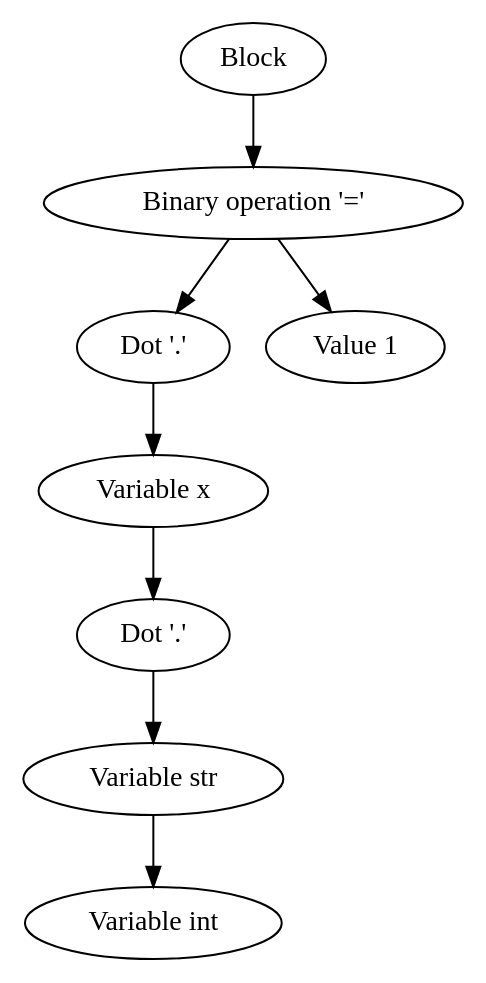
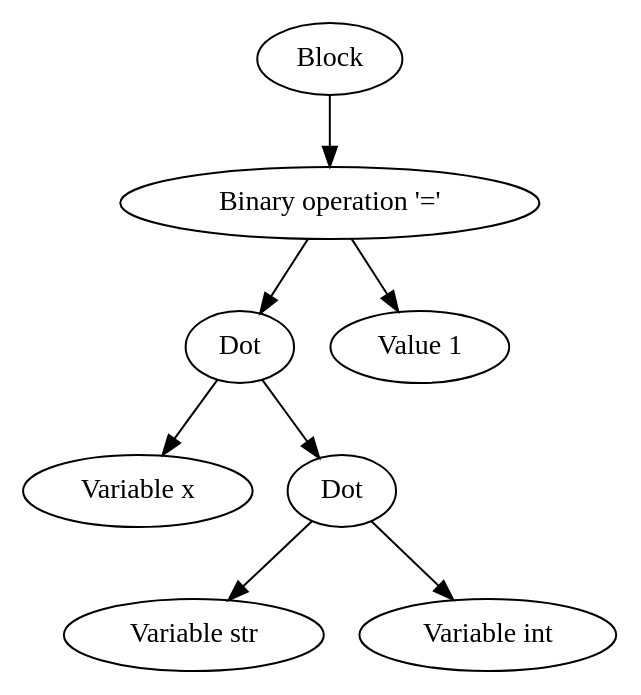
One commit to Insanious/Alang changed the diagram in parse.dot. Above: the diagram before and after it, drawn with Graphviz. The commit also changed 1 other file, not shown here.

```diff
--- a/parse.dot
+++ b/parse.dot
@@ -1,17 +1,17 @@
 digraph { 
 	0 [label="Block"];
 	1 [label="Binary operation '='"];
 	0 -> 1
-	2 [label="Dot '.'"];
+	2 [label="Dot"];
 	1 -> 2
 	3 [label="Value 1"];
 	1 -> 3
 	4 [label="Variable x"];
 	2 -> 4
-	5 [label="Dot '.'"];
-	4 -> 5
+	5 [label="Dot"];
+	2 -> 5
 	6 [label="Variable str"];
 	5 -> 6
 	7 [label="Variable int"];
-	6 -> 7
+	5 -> 7
 }
```
